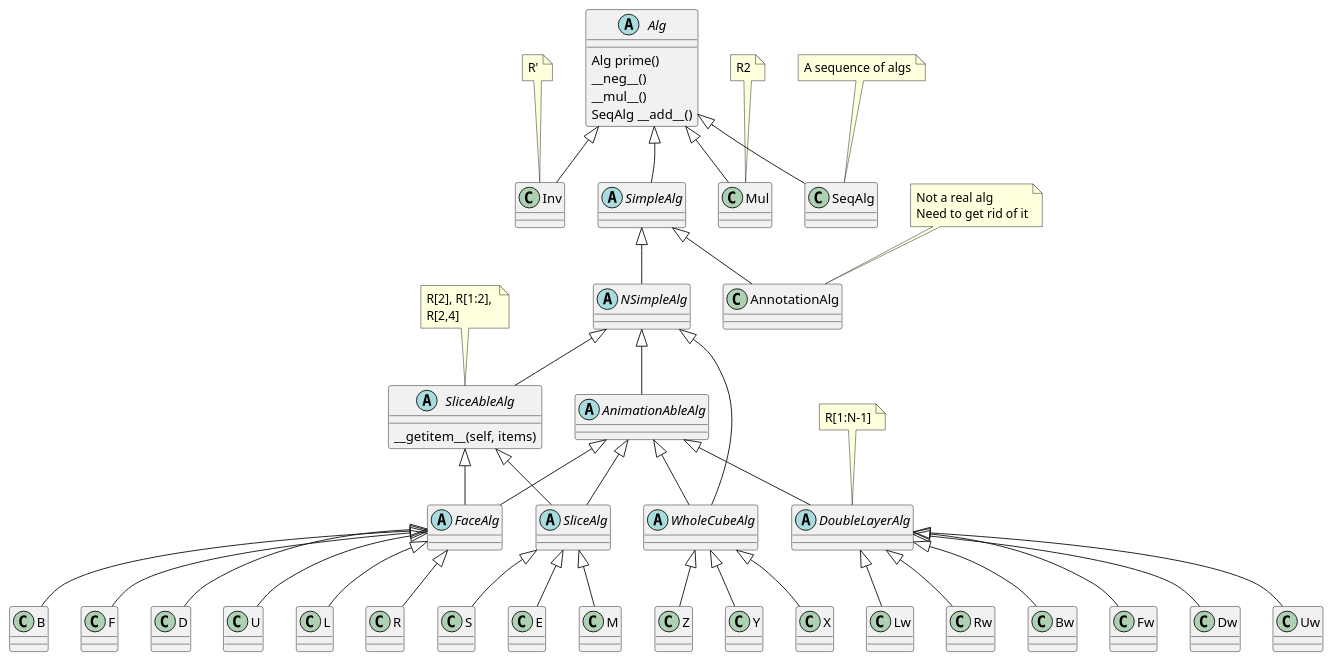
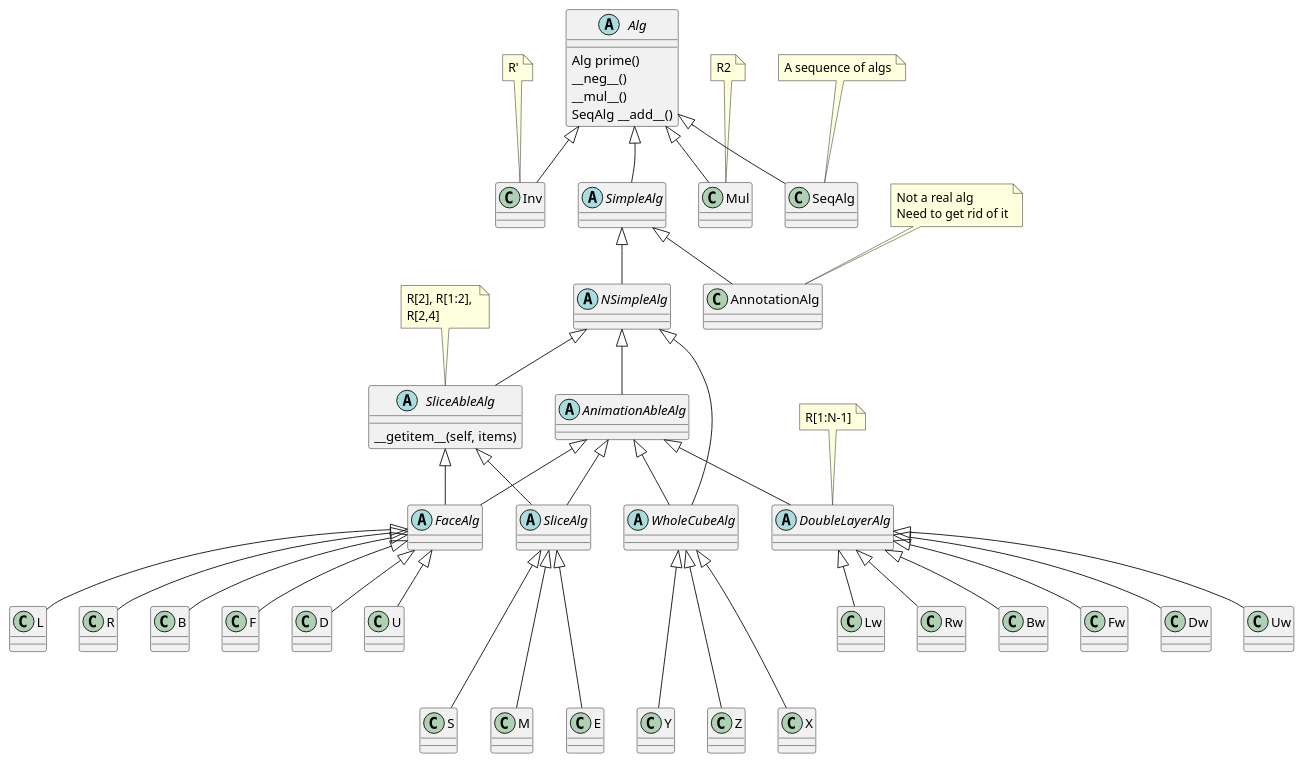
Before and after one commit to boaznahum/cubesolve: the diagram in cube/algs/algs.puml, drawn with PlantUML. The commit also changed 1 other file, not shown here.

Commit message:
Algs UML

```diff
--- a/cube/algs/algs.puml
+++ b/cube/algs/algs.puml
@@ -1,122 +1,120 @@
 @startuml
 'https://plantuml.com/class-diagram
 
 abstract class Alg {
     Alg prime()
     __neg__()
     __mul__()
     SeqAlg __add__()
 }
 
 together {
     abstract class SimpleAlg
     class Inv
     class Mul
     class SeqAlg
 }
 
 SimpleAlg -up[hidden]-> Alg
 Alg  <|--  SimpleAlg
 Alg  <|--  Inv
 Alg  <|--  Mul
 note top of Inv: R'
 note top of Mul: R2
 Alg <|-- SeqAlg
 note top of SeqAlg: A sequence of algs
 
 ' under SimpleAlg
 together {
     abstract class NSimpleAlg
     class AnnotationAlg
 
     SimpleAlg  <|--  NSimpleAlg
     SimpleAlg  <|--  AnnotationAlg
 }
 
 note top of AnnotationAlg: Not a real alg\nNeed to get rid of it
 
 ' Under NSimpleAlg
 together {
     abstract class AnimationAbleAlg
 
     abstract class SliceAbleAlg {
         __getitem__(self, items)
     }
 }
 
 NSimpleAlg  <|--  AnimationAbleAlg
 NSimpleAlg  <|--  SliceAbleAlg
 
 'under AnimationAbleAlg and SliceAbleAlg
 together {
     abstract class FaceAlg
     abstract class SliceAlg
     abstract class WholeCubeAlg
     abstract class DoubleLayerAlg
 
 
     ' Make SliceAlg right to Face they both under SliceAbleAlg
     FaceAlg -right[hidden]-> SliceAlg
 }
 
 
 SliceAbleAlg  <|--  FaceAlg
 AnimationAbleAlg  <|--  FaceAlg
 AnimationAbleAlg  <|--  DoubleLayerAlg
 
 note top of DoubleLayerAlg: R[1:N-1]
 
 note top of SliceAbleAlg: R[2], R[1:2], \nR[2,4]
 
 SliceAbleAlg  <|--  SliceAlg
 AnimationAbleAlg  <|--  SliceAlg
 
 NSimpleAlg  <|--  WholeCubeAlg
 AnimationAbleAlg  <|--  WholeCubeAlg
 
 
 together  {
+    FaceAlg <|-- U
+    FaceAlg <|-- D
+    FaceAlg <|-- F
+    FaceAlg <|-- B
+    FaceAlg <|-- R
+    FaceAlg <|-- L
+}
 
-class U
-
-
-FaceAlg <|-- U
-FaceAlg <|-- D
-FaceAlg <|-- F
-FaceAlg <|-- B
-FaceAlg <|-- R
-FaceAlg <|-- L
-together  {
 
 together  {
     DoubleLayerAlg <|-- Uw
     DoubleLayerAlg <|-- Dw
     DoubleLayerAlg <|-- Fw
     DoubleLayerAlg <|-- Bw
     DoubleLayerAlg <|-- Rw
     DoubleLayerAlg <|-- Lw
 }
 
 
 
 together  {
     WholeCubeAlg <|-- X
     WholeCubeAlg <|-- Y
     WholeCubeAlg <|-- Z
 }
 
 
 together  {
     SliceAlg <|-- M
     SliceAlg <|-- E
     SliceAlg <|-- S
 }
 
 ' try to make groups on under the other
-'U -down[hidden]-> S
+U -down[hidden]-> S
+Lw -down[hidden]-> X
 
 
 
 
 
 @enduml
```
